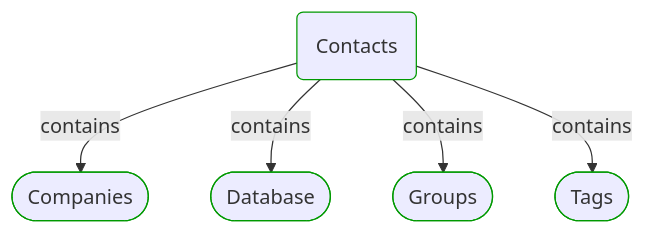
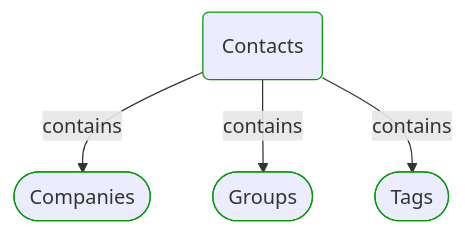
One commit to itlibrium/DDD-starter-dotnet changed the diagram in Docs/P3/MermaidOutput/Domain/Concepts/Contacts/Contacts.md. Above: the diagram before and after it, drawn with Mermaid. The commit also changed other lines of this file and 102 other files, not shown here.

````diff
--- a/Docs/P3/MermaidOutput/Domain/Concepts/Contacts/Contacts.md
+++ b/Docs/P3/MermaidOutput/Domain/Concepts/Contacts/Contacts.md
@@ -22,20 +22,17 @@
 ```mermaid
   flowchart TB
     0(Contacts)
     class 0 DomainPerspective
     1([Companies])
     class 1 DomainPerspective
     0-->|contains|1
-    2([Database])
+    2([Groups])
     class 2 DomainPerspective
     0-->|contains|2
-    3([Groups])
+    3([Tags])
     class 3 DomainPerspective
     0-->|contains|3
-    4([Tags])
-    class 4 DomainPerspective
-    0-->|contains|4
     classDef DomainPerspective stroke:#009900
     classDef TechnologyPerspective stroke:#1F41EB
     classDef PeoplePerspective stroke:#FFF014
 ```
````
